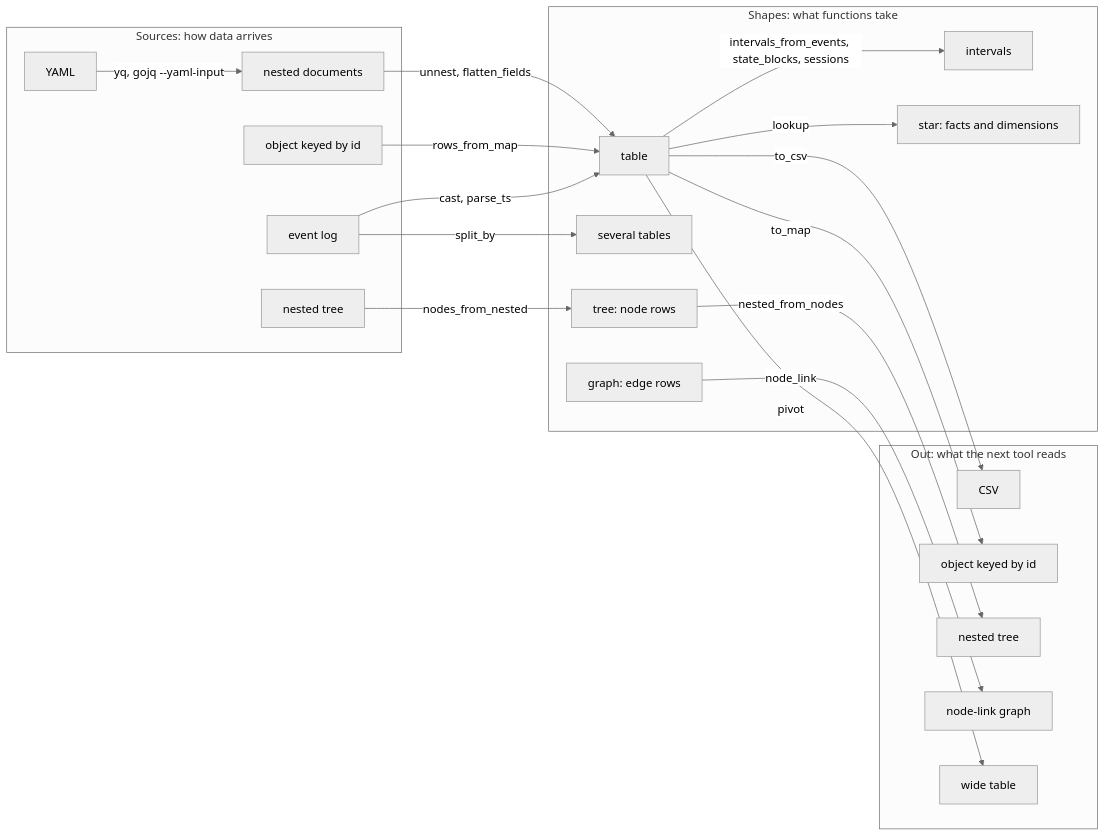
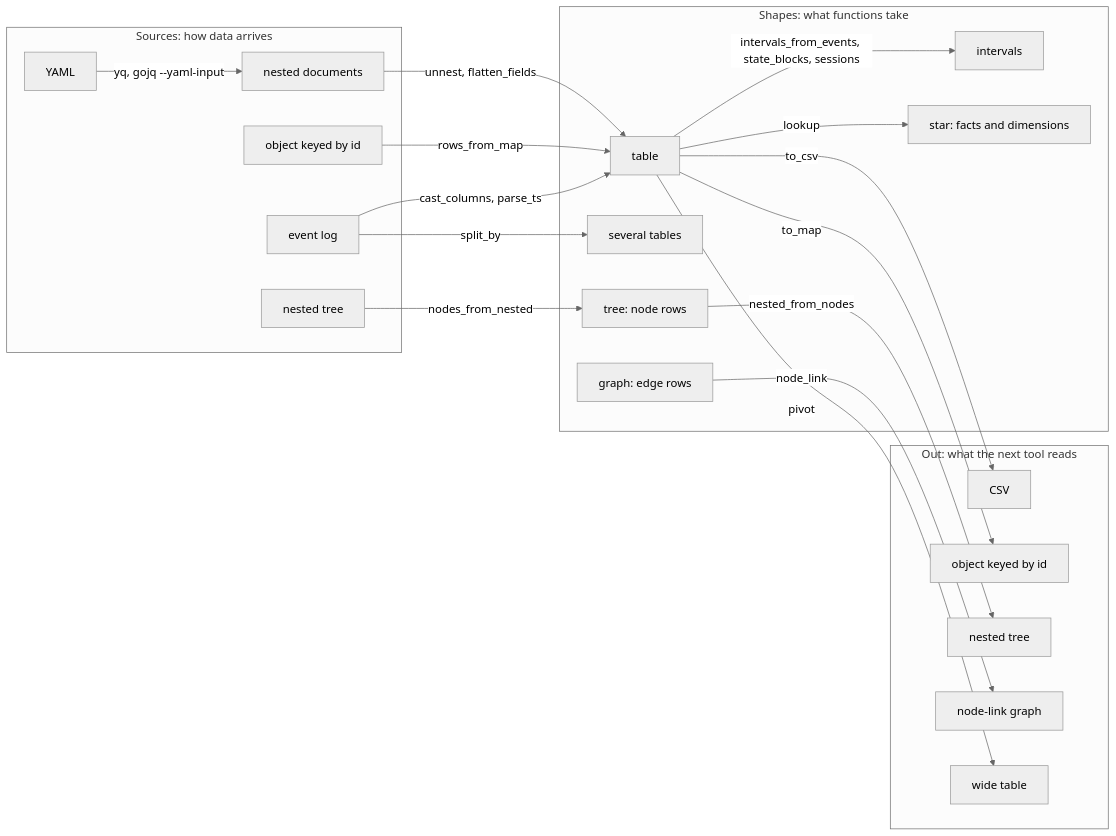
Before and after one commit to kundeng/jq-analytics: the diagram in docs/design/05-shapes.md, drawn with Mermaid (neutral theme). The commit also changed 26 other files, not shown here.

````diff
--- a/docs/design/05-shapes.md
+++ b/docs/design/05-shapes.md
@@ -9,38 +9,38 @@
 ```mermaid
 flowchart LR
   subgraph sources [Sources: how data arrives]
     N[nested documents]
     K[object keyed by id]
     E[event log]
     Y[YAML]
     X[nested tree]
   end
   subgraph shapes [Shapes: what functions take]
     T[table]
     S[several tables]
     I[intervals]
     TR[tree: node rows]
     G[graph: edge rows]
     ST[star: facts and dimensions]
   end
   subgraph out [Out: what the next tool reads]
     CSV[CSV]
     MAP[object keyed by id]
     NT[nested tree]
     NL[node-link graph]
     W[wide table]
   end
   Y -- "yq, gojq --yaml-input" --> N
   N -- "unnest, flatten_fields" --> T
   K -- "rows_from_map" --> T
   X -- "nodes_from_nested" --> TR
-  E -- "cast, parse_ts" --> T
+  E -- "cast_columns, parse_ts" --> T
   E -- "split_by" --> S
   T -- "intervals_from_events, state_blocks, sessions" --> I
   T -- "lookup" --> ST
   T -- "to_csv" --> CSV
   T -- "to_map" --> MAP
   T -- "pivot" --> W
   TR -- "nested_from_nodes" --> NT
   G -- "node_link" --> NL
 ```
````
